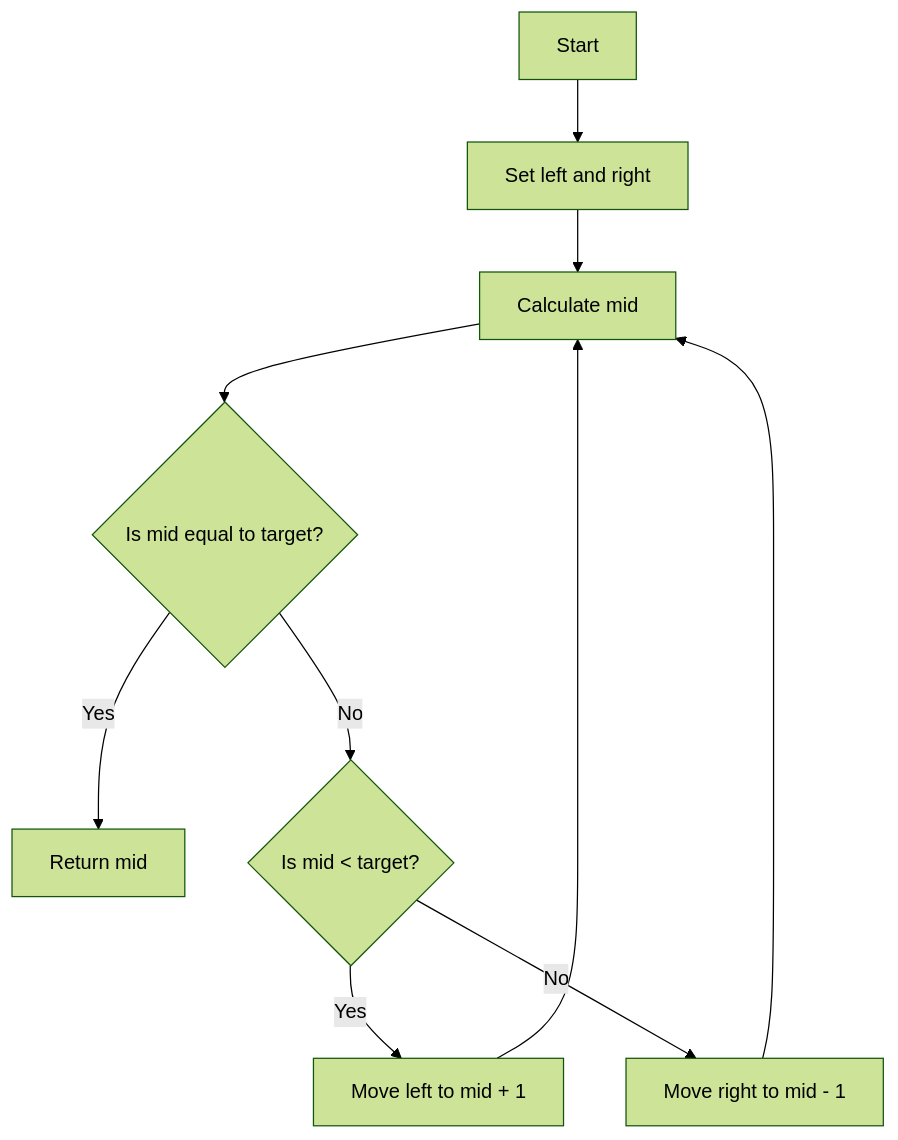
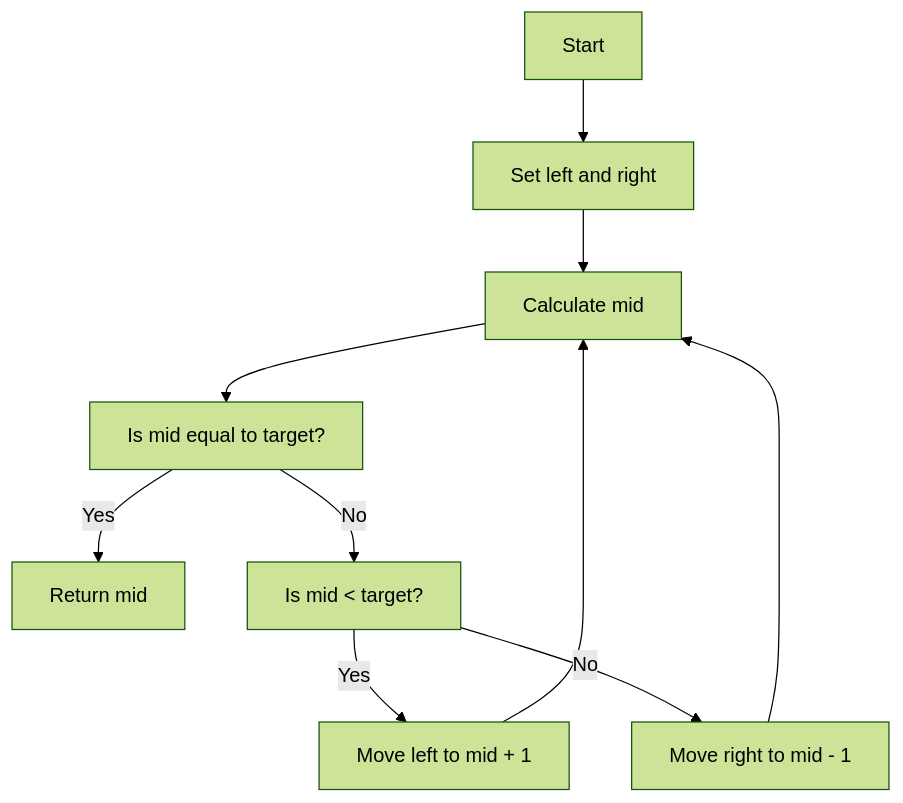
The ninth of 11 diagrams in content/post/2024/2024-10-16-two-pointers/index.md (42jerrykim/42jerrykim.github.io), drawn with Mermaid (forest theme) before and after one commit. The commit also changed other lines of this file and 13 other files, not shown here.

````diff
--- a/content/post/2024/2024-10-16-two-pointers/index.md
+++ b/content/post/2024/2024-10-16-two-pointers/index.md
@@ -846,12 +774,12 @@
 ```mermaid
 graph TD;
     A[Start] --> B[Set left and right];
     B --> C[Calculate mid];
-    C --> D{Is mid equal to target?};
-    D -- Yes --> E[Return mid];
-    D -- No --> F{Is mid < target?};
+    C --> D["Is mid equal to target?"];
+    D -->|Yes| E[Return mid];
+    D -->|No| F["Is mid < target?"];
     F -- Yes --> G[Move left to mid + 1];
     F -- No --> H[Move right to mid - 1];
     G --> C;
     H --> C;
 ```
````
